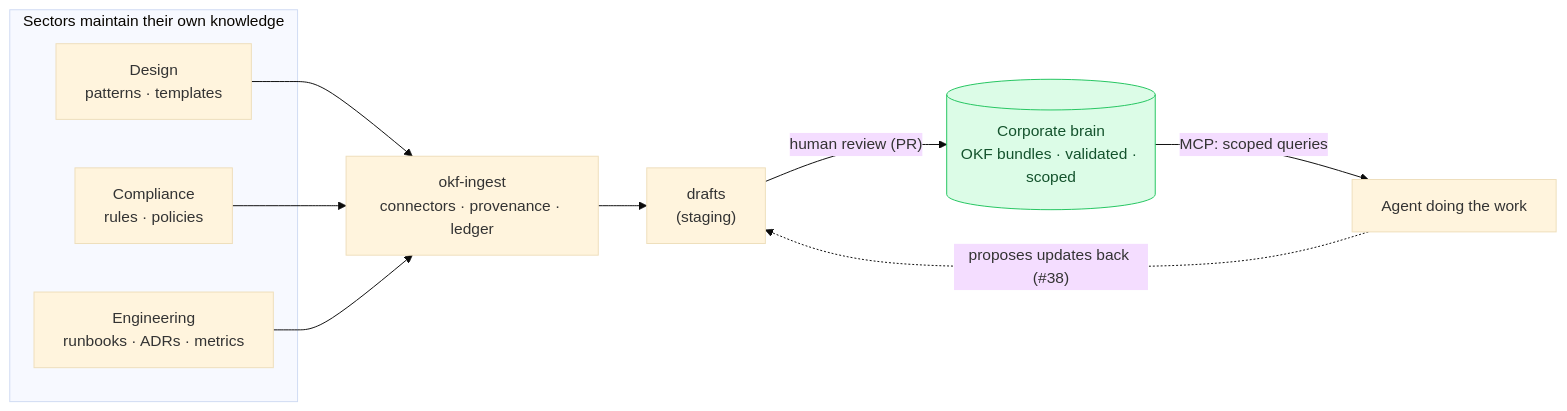
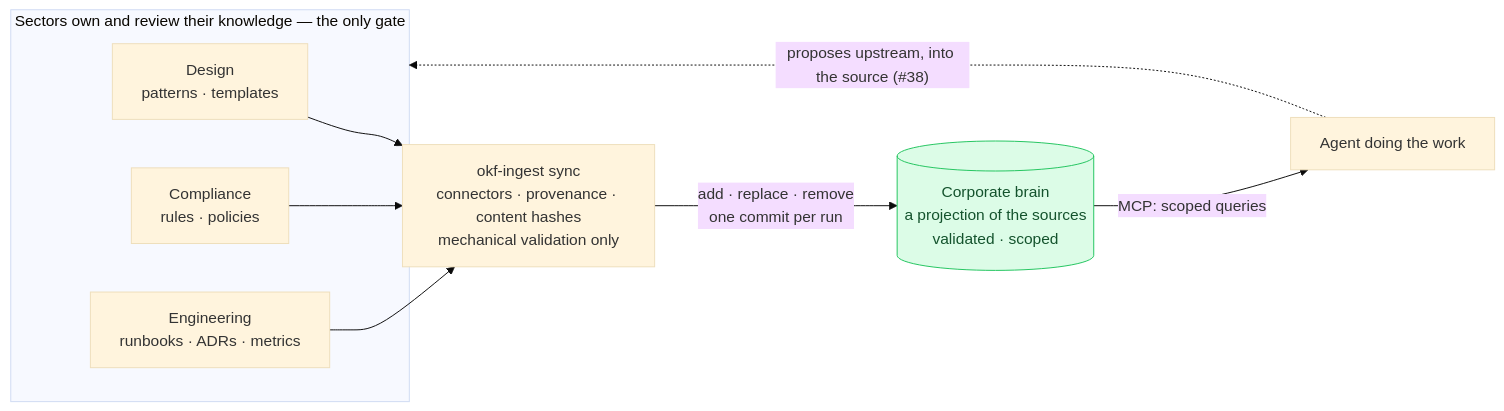
The second of 2 diagrams in docs/inversion.md (th-lange/okf-corporate-bundle), drawn with Mermaid (base theme) before and after one commit. The commit also changed other lines of this file and 2 other files, not shown here.

First line of the commit message:
docs: source authority — the gate lives upstream, sync replaces drafts (#40)

````diff
--- a/docs/inversion.md
+++ b/docs/inversion.md
@@ -39,16 +39,15 @@
 ```mermaid
 flowchart LR
-  subgraph SECTORS["Sectors maintain their own knowledge"]
+  subgraph SECTORS["Sectors own and review their knowledge — the only gate"]
     S1["Design<br/>patterns · templates"]
     S2["Compliance<br/>rules · policies"]
     S3["Engineering<br/>runbooks · ADRs · metrics"]
   end
-  S1 --> ING
-  S2 --> ING
-  S3 --> ING
-  ING["okf-ingest<br/>connectors · provenance · ledger"] --> DR["drafts<br/>(staging)"]
-  DR -- "human review (PR)" --> BRAIN[("Corporate brain<br/>OKF bundles · validated · scoped")]
+  S1 --> SYNC
+  S2 --> SYNC
+  S3 --> SYNC
+  SYNC["okf-ingest sync<br/>connectors · provenance · content hashes<br/>mechanical validation only"] -- "add · replace · remove<br/>one commit per run" --> BRAIN[("Corporate brain<br/>a projection of the sources<br/>validated · scoped")]
   BRAIN -- "MCP: scoped queries" --> AG["Agent doing the work"]
-  AG -. "proposes updates back (#38)" .-> DR
+  AG -. "proposes upstream, into the source (#38)" .-> SECTORS
   style BRAIN fill:#dcfce7,stroke:#22c55e,color:#14532d
 ```
````
